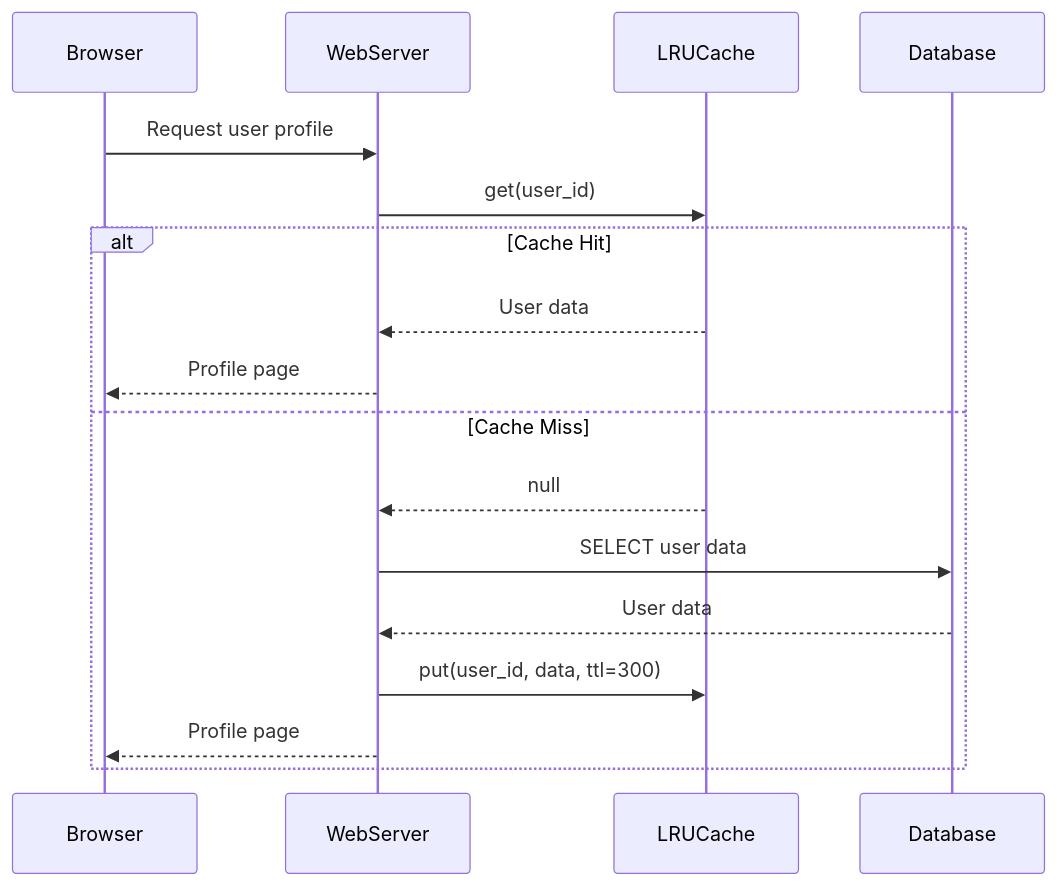
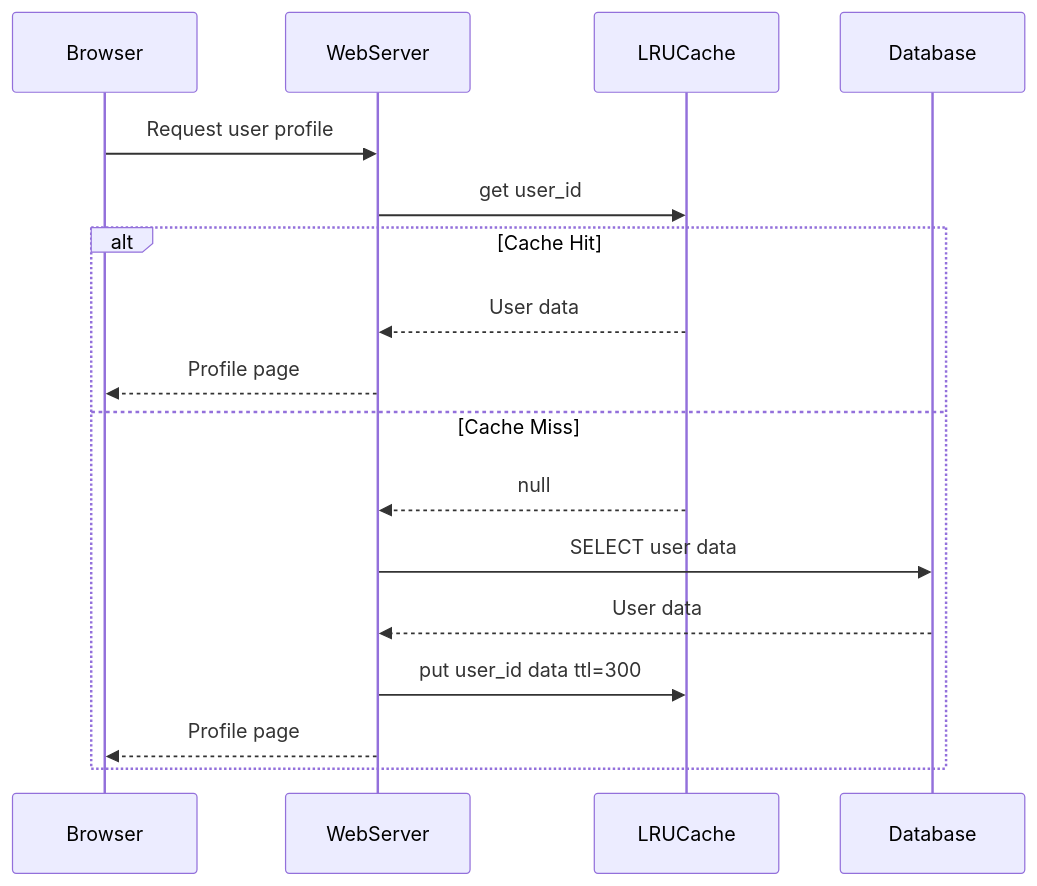
One commit to mythxn/dojo.py changed the ninth of 12 diagrams in day_1/problem_2_lru_cache/README.md. Above: the diagram before and after it, drawn with Mermaid. The commit also changed other lines of this file, not shown here.

First line of the commit message:
Fix Mermaid syntax errors in LRU cache README

````diff
--- a/day_1/problem_2_lru_cache/README.md
+++ b/day_1/problem_2_lru_cache/README.md
@@ -224,20 +224,20 @@
 ```mermaid
 sequenceDiagram
     participant Browser
     participant WebServer
     participant LRUCache
     participant Database
     
     Browser->>WebServer: Request user profile
-    WebServer->>LRUCache: get(user_id)
+    WebServer->>LRUCache: get user_id
     alt Cache Hit
         LRUCache-->>WebServer: User data
         WebServer-->>Browser: Profile page
     else Cache Miss
         LRUCache-->>WebServer: null
         WebServer->>Database: SELECT user data
         Database-->>WebServer: User data
-        WebServer->>LRUCache: put(user_id, data, ttl=300)
+        WebServer->>LRUCache: put user_id data ttl=300
         WebServer-->>Browser: Profile page
     end
 ```
````
